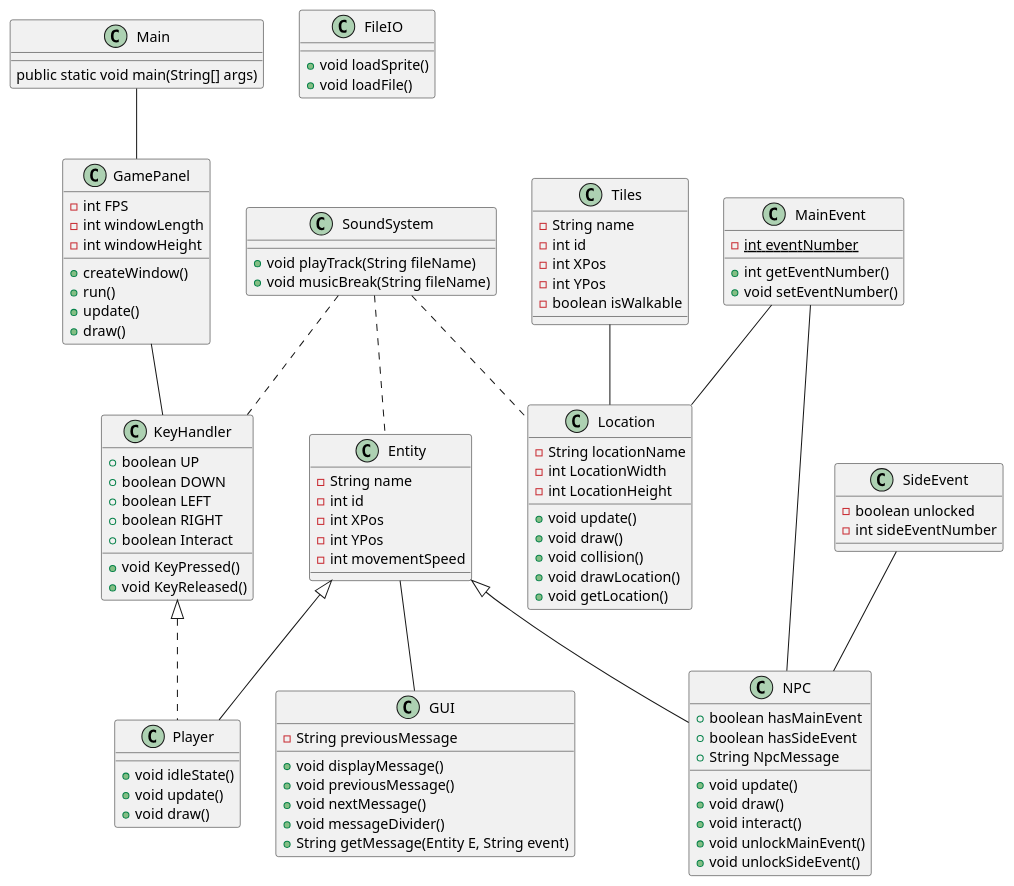
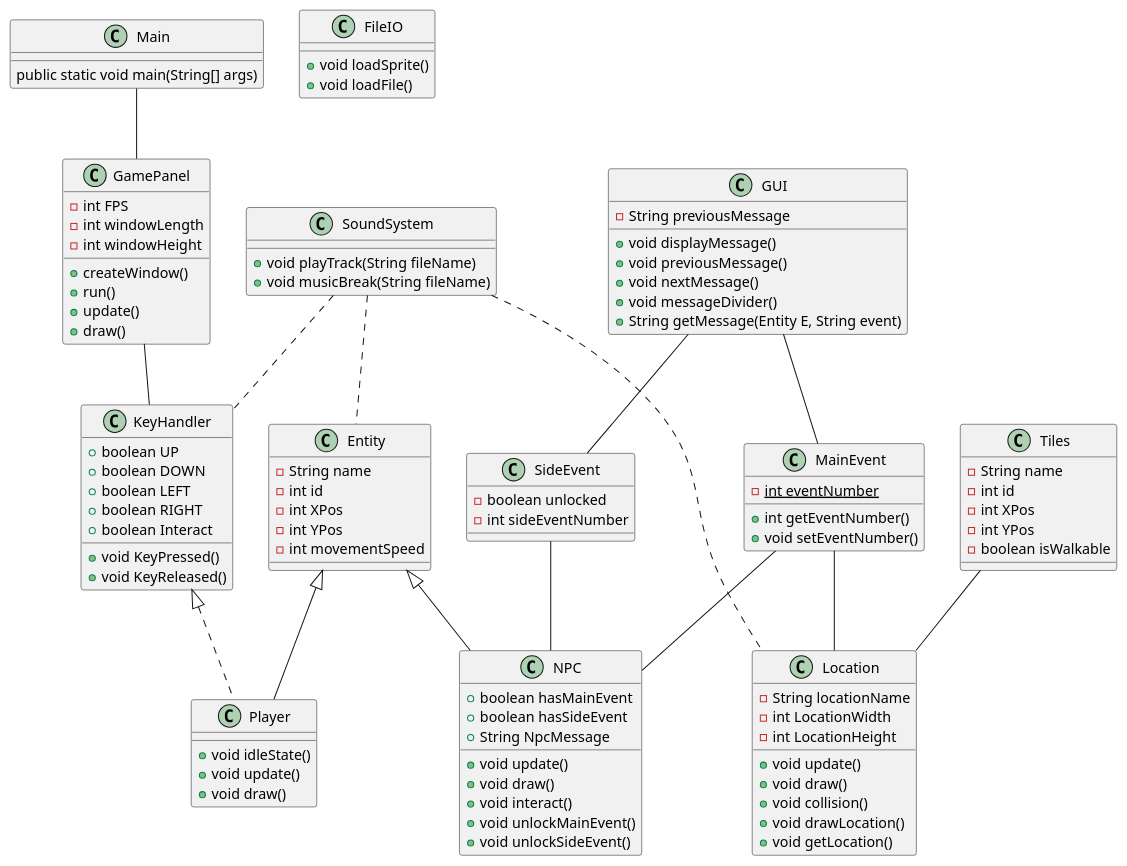
The diagram in src/Diagrams/KlasseDiagram.puml (cuc2808/SP4_ICE_GAME), drawn with PlantUML before and after one commit. The commit also changed 1 other file, not shown here.

Commit message:
KlasseDiagram.puml

```diff
--- a/src/Diagrams/KlasseDiagram.puml
+++ b/src/Diagrams/KlasseDiagram.puml
@@ -1,124 +1,125 @@
 @startuml
 
 class Main{
 public static void main(String[] args)
 }
 
 class GamePanel{
 - int FPS
 - int windowLength
 - int windowHeight
 + createWindow()
 + run()
 + update()
 + draw()
 }
 
 class KeyHandler{
 + boolean UP
 + boolean DOWN
 + boolean LEFT
 + boolean RIGHT
 + boolean Interact
 + void KeyPressed()
 + void KeyReleased()
 }
 
 
 
 
 class Tiles{
 - String name
 - int id
 - int XPos
 - int YPos
 - boolean isWalkable
 
 }
 
 class Entity{
 - String name
 - int id
 - int XPos
 - int YPos
 - int movementSpeed
 }
 
 class GUI{
 - String previousMessage
 + void displayMessage()
 + void previousMessage()
 + void nextMessage()
 + void messageDivider()
 + String getMessage(Entity E, String event)
 }
 
 class Location{
 - String locationName
 - int LocationWidth
 - int LocationHeight
 + void update()
 + void draw()
 + void collision()
 + void drawLocation()
 + void getLocation()
 }
 
 class Player extends Entity implements KeyHandler{
 + void idleState()
 + void update()
 + void draw()
 }
 
 class NPC extends Entity{
 + boolean hasMainEvent
 + boolean hasSideEvent
 + String NpcMessage
 + void update()
 + void draw()
 + void interact()
 + void unlockMainEvent()
 + void unlockSideEvent()
 }
 
 class MainEvent {
 - {static} int eventNumber
 + int getEventNumber()
 + void setEventNumber()
 }
 
 class SideEvent{
 - boolean unlocked
 - int sideEventNumber
 }
 
 class SoundSystem{
 + void playTrack(String fileName)
 + void musicBreak(String fileName)
 }
 
 class FileIO{
 + void loadSprite()
 + void loadFile()
 }
 
 
 
 Main -- GamePanel
 
 GamePanel -- KeyHandler
 
 
 Tiles -- Location
 
-Entity -- GUI
+GUI -- MainEvent
+GUI -- SideEvent
 
 SoundSystem .. Entity
 SoundSystem .. Location
 SoundSystem .. KeyHandler
 
 MainEvent -- Location
 MainEvent -- NPC
 SideEvent -- NPC
 
 @enduml
```
